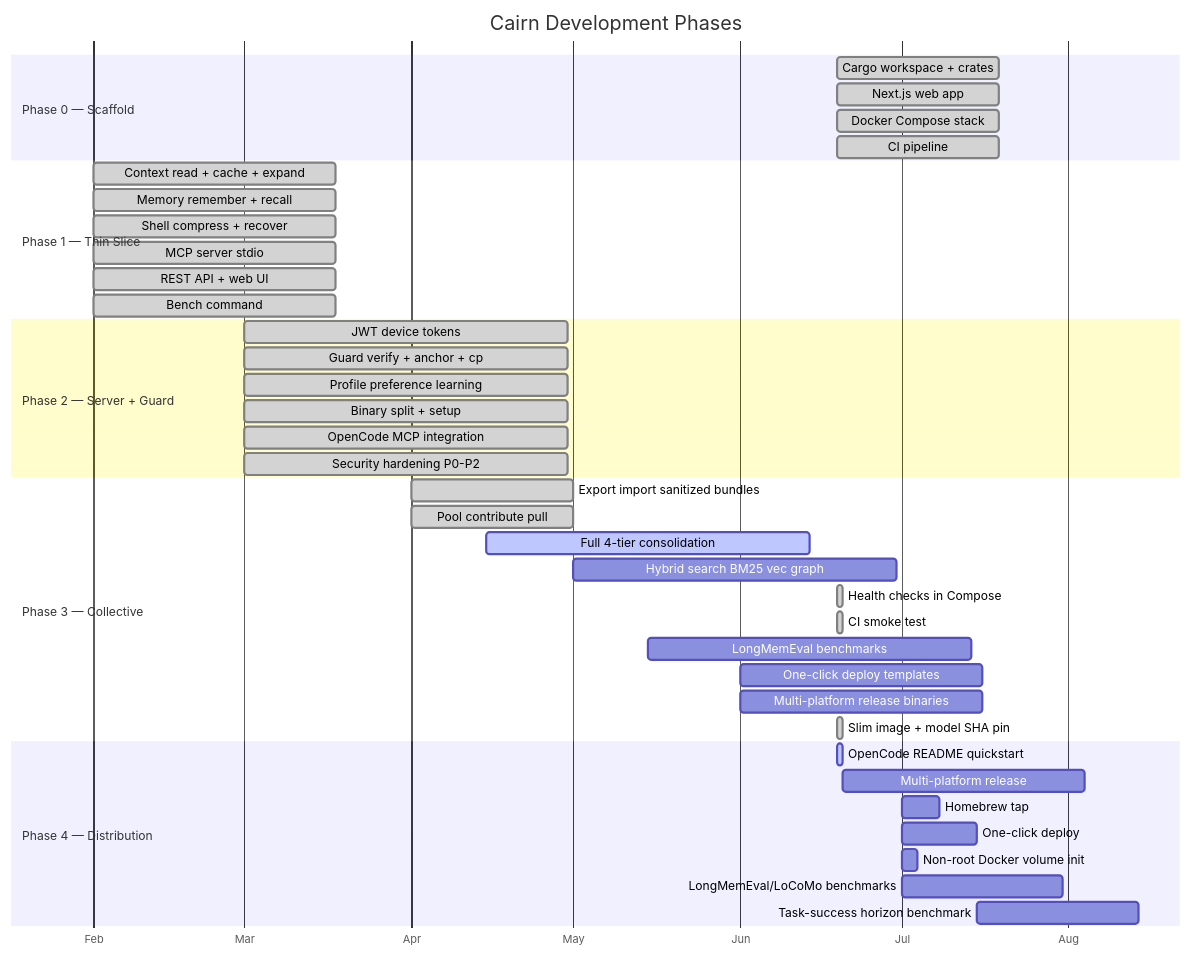
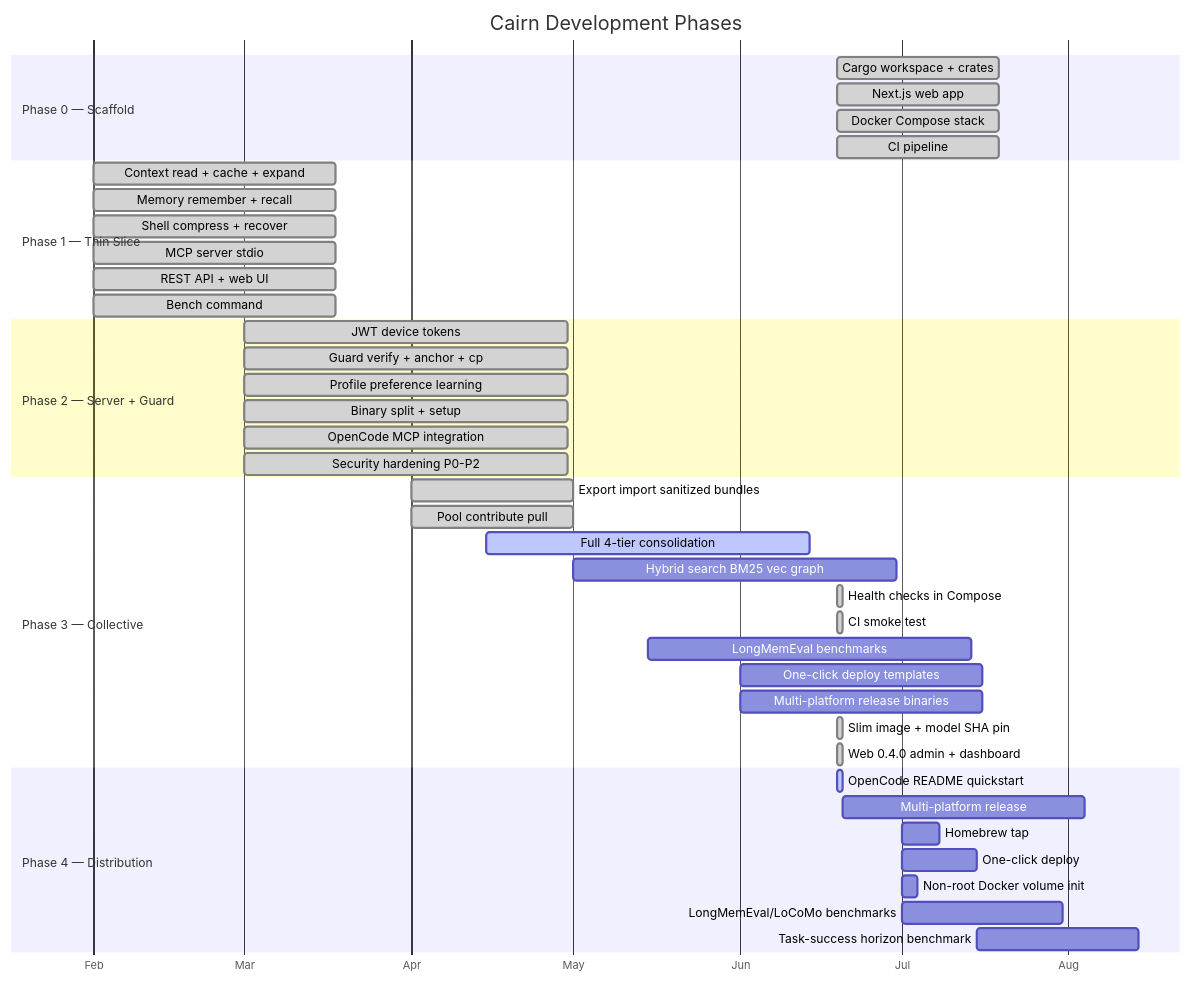
The diagram in docs/ROADMAP.md (Vellixia/Cairn), drawn with Mermaid before and after one commit. The commit also changed other lines of this file and 3 other files, not shown here.

````diff
--- a/docs/ROADMAP.md
+++ b/docs/ROADMAP.md
@@ -5,49 +5,50 @@
 ```mermaid
 gantt
     title Cairn Development Phases
     dateFormat 2026-01-01
     axisFormat %b
 
     section Phase 0 — Scaffold
     Cargo workspace + crates       :done, p0a, 2026-01-01, 30d
     Next.js web app                :done, p0b, 2026-01-01, 30d
     Docker Compose stack           :done, p0c, 2026-01-01, 30d
     CI pipeline                    :done, p0d, 2026-01-01, 30d
 
     section Phase 1 — Thin Slice
     Context read + cache + expand  :done, p1a, 2026-02-01, 45d
     Memory remember + recall       :done, p1b, 2026-02-01, 45d
     Shell compress + recover       :done, p1c, 2026-02-01, 45d
     MCP server stdio               :done, p1d, 2026-02-01, 45d
     REST API + web UI              :done, p1e, 2026-02-01, 45d
     Bench command                  :done, p1f, 2026-02-01, 45d
 
     section Phase 2 — Server + Guard
     JWT device tokens              :done, p2a, 2026-03-01, 60d
     Guard verify + anchor + cp     :done, p2b, 2026-03-01, 60d
     Profile preference learning    :done, p2c, 2026-03-01, 60d
     Binary split + setup           :done, p2d, 2026-03-01, 60d
     OpenCode MCP integration       :done, p2e, 2026-03-01, 60d
     Security hardening P0-P2       :done, p2f, 2026-03-01, 60d
 
     section Phase 3 — Collective
     Export import sanitized bundles :done, p3a, 2026-04-01, 30d
     Pool contribute pull           :done, p3b, 2026-04-01, 30d
     Full 4-tier consolidation      :active, p3c, 2026-04-15, 60d
     Hybrid search BM25 vec graph   :p3d, 2026-05-01, 60d
     Health checks in Compose       :done, p3e, 2026-06-19, 1d
     CI smoke test                  :done, p3f, 2026-06-19, 1d
     LongMemEval benchmarks         :p3g, 2026-05-15, 60d
     One-click deploy templates     :p3h, 2026-06-01, 45d
     Multi-platform release binaries :p3i, 2026-06-01, 45d
     Slim image + model SHA pin     :done, p3j, 2026-06-19, 1d
+    Web 0.4.0 admin + dashboard    :done, p3k, 2026-06-19, 1d
 
     section Phase 4 — Distribution
     OpenCode README quickstart     :active, p4a, 2026-06-19, 1d
     Multi-platform release         :p4b, 2026-06-20, 45d
     Homebrew tap                   :p4c, 2026-07-01, 7d
     One-click deploy               :p4d, 2026-07-01, 14d
     Non-root Docker volume init    :p4e, 2026-07-01, 3d
     LongMemEval/LoCoMo benchmarks  :p4f, 2026-07-01, 30d
     Task-success horizon benchmark :p4g, 2026-07-15, 30d
 ```
````
